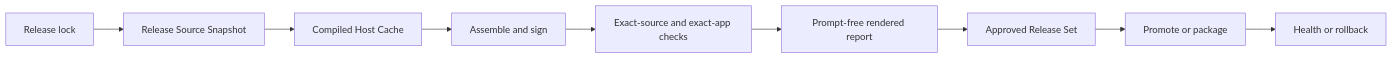
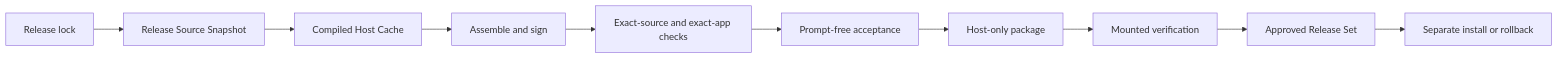
The diagram in wiki/architecture/release-trust-and-compatibility.md (alexwck/dbcode-wrapper), drawn with Mermaid before and after one commit. The commit also changed other lines of this file and 5 other files, not shown here.

First line of the commit message:
docs(wiki): explain prompt-free release approval

````diff
--- a/wiki/architecture/release-trust-and-compatibility.md
+++ b/wiki/architecture/release-trust-and-compatibility.md
@@ -22,11 +22,12 @@
 ```mermaid
 flowchart LR
   L[Release lock] --> S[Release Source Snapshot]
   S --> C[Compiled Host Cache]
   C --> A[Assemble and sign]
   A --> E[Exact-source and exact-app checks]
-  E --> R[Prompt-free rendered report]
-  R --> P[Approved Release Set]
-  P --> I[Promote or package]
-  I --> H[Health or rollback]
+  E --> R[Prompt-free acceptance]
+  R --> K[Host-only package]
+  K --> V[Mounted verification]
+  V --> P[Approved Release Set]
+  P --> I[Separate install or rollback]
 ```
````
